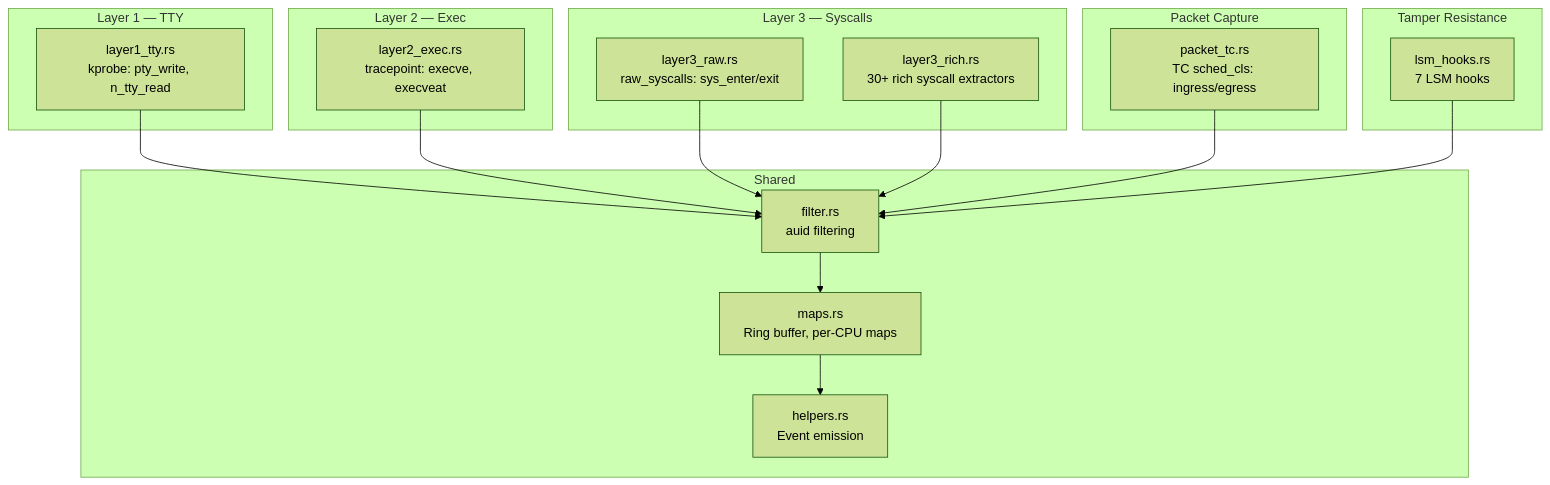
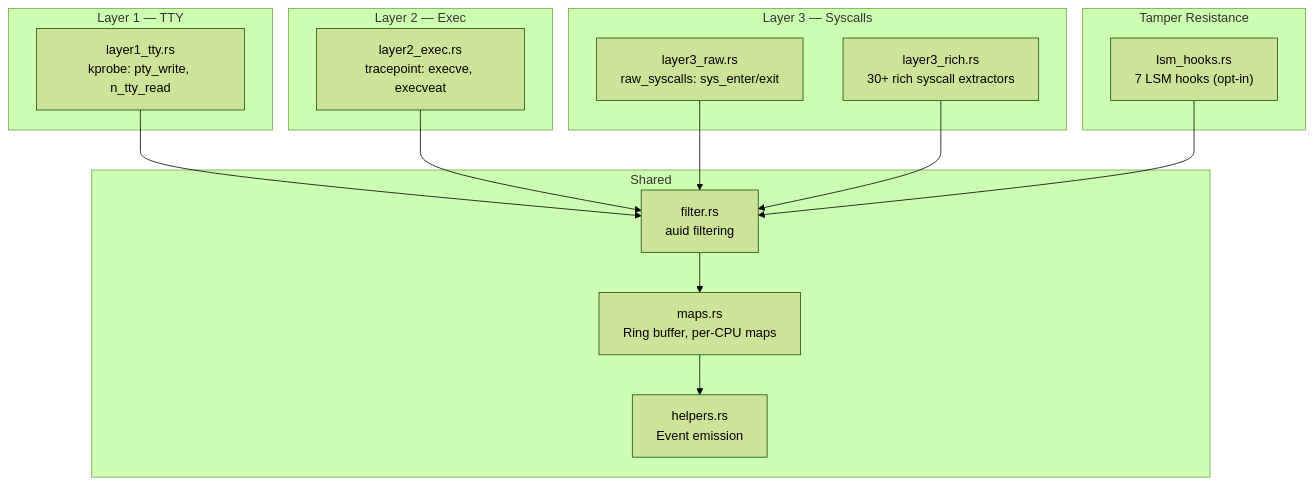
Before and after one commit to abyss0-dev/bloodhound: the diagram in bloodhound-ebpf/README.md, drawn with Mermaid (forest theme). The commit also changed other lines of this file and 10 other files, not shown here.

````diff
--- a/bloodhound-ebpf/README.md
+++ b/bloodhound-ebpf/README.md
@@ -7,28 +7,25 @@
 ```mermaid
 graph TD
     subgraph "Layer 1 — TTY"
         TTY["layer1_tty.rs<br/>kprobe: pty_write, n_tty_read"]
     end
     subgraph "Layer 2 — Exec"
         EXEC["layer2_exec.rs<br/>tracepoint: execve, execveat"]
     end
     subgraph "Layer 3 — Syscalls"
         RAW["layer3_raw.rs<br/>raw_syscalls: sys_enter/exit"]
         RICH["layer3_rich.rs<br/>30+ rich syscall extractors"]
     end
-    subgraph "Packet Capture"
-        TC["packet_tc.rs<br/>TC sched_cls: ingress/egress"]
-    end
     subgraph "Tamper Resistance"
-        LSM["lsm_hooks.rs<br/>7 LSM hooks"]
+        LSM["lsm_hooks.rs<br/>7 LSM hooks (opt-in)"]
     end
     subgraph "Shared"
         FILTER["filter.rs<br/>auid filtering"]
         MAPS["maps.rs<br/>Ring buffer, per-CPU maps"]
         HELPERS["helpers.rs<br/>Event emission"]
     end
 
-    TTY & EXEC & RAW & RICH & TC & LSM --> FILTER
+    TTY & EXEC & RAW & RICH & LSM --> FILTER
     FILTER --> MAPS
     MAPS --> HELPERS
 ```
````
